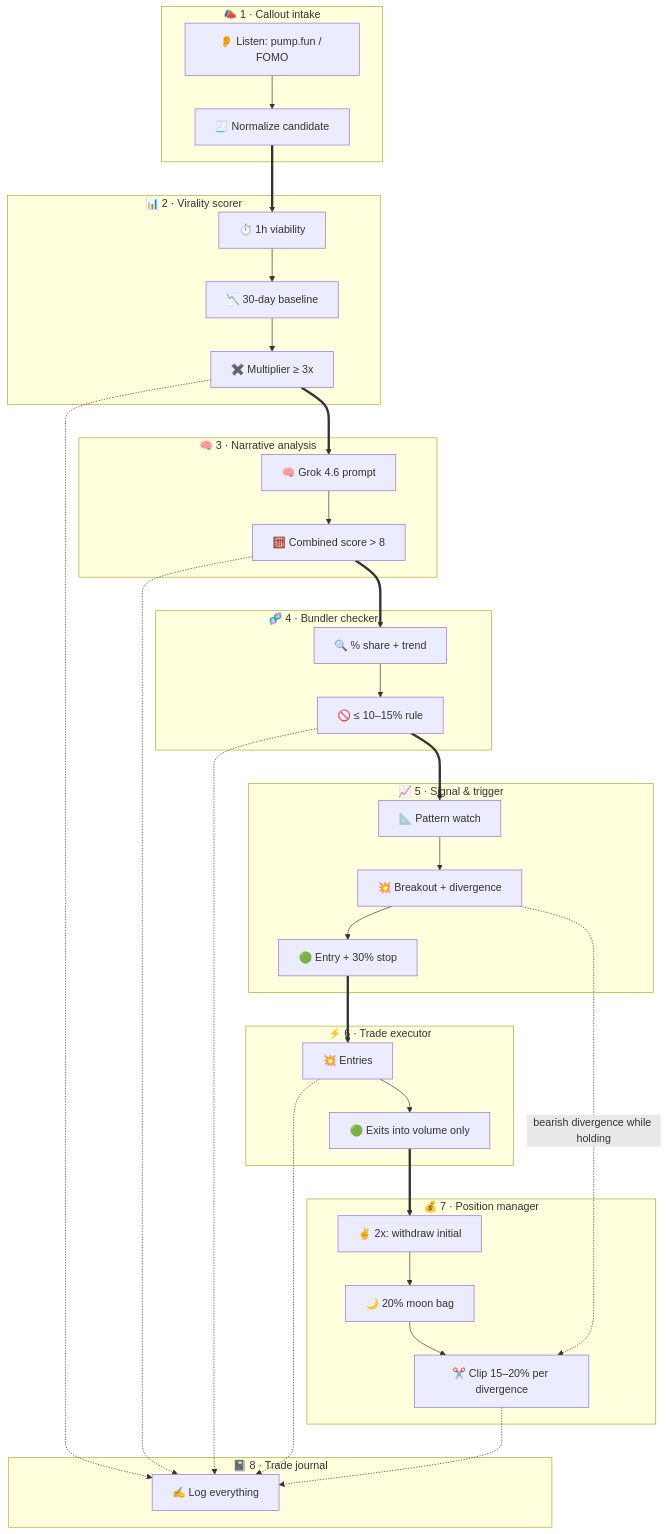
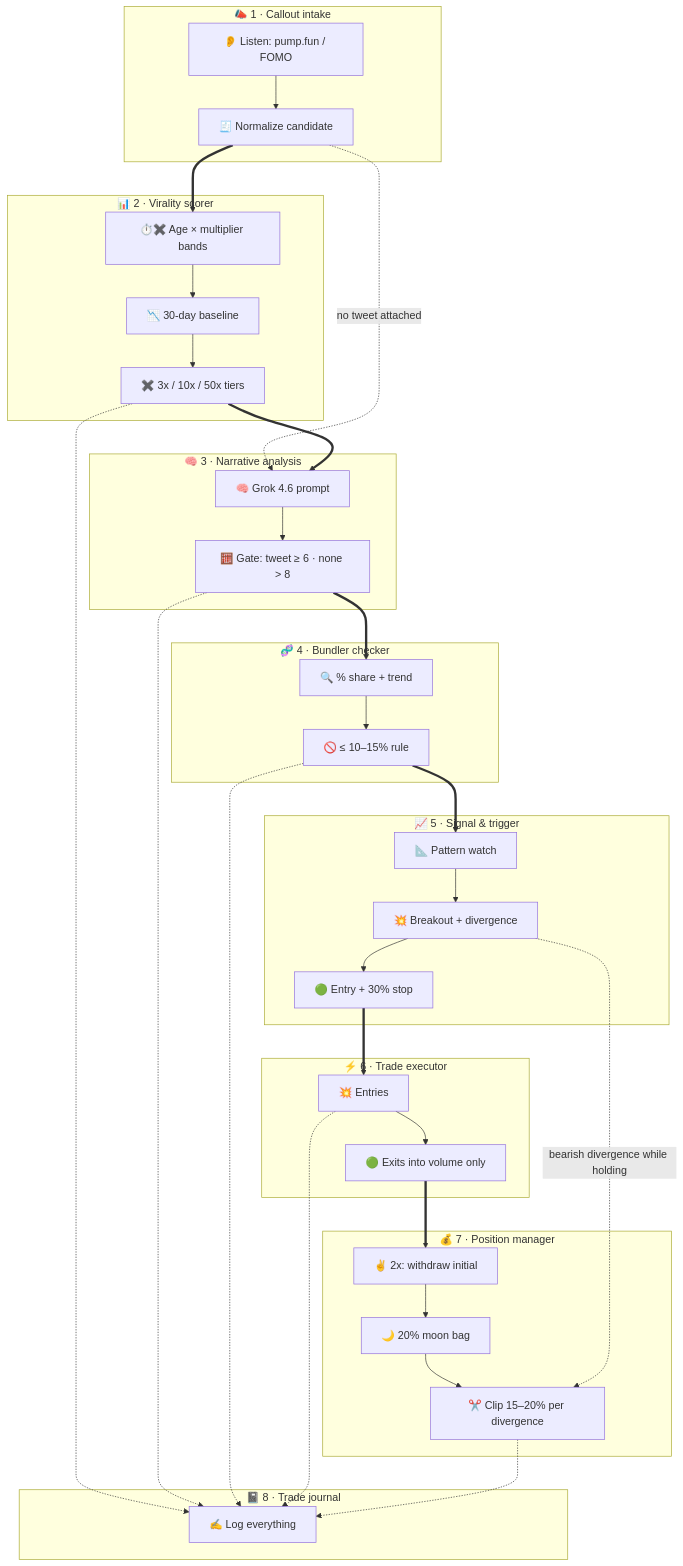
The second of 2 diagrams in maps/memecoin-virality-trader.md (TR3-AI/idea-slicer), drawn with Mermaid before and after one commit. The commit also changed other lines of this file, not shown here.

Commit message:
Memecoin: tiered age bands, dual score gate, virality rename

````diff
--- a/maps/memecoin-virality-trader.md
+++ b/maps/memecoin-virality-trader.md
@@ -293,39 +293,40 @@
 ```mermaid
 flowchart TD
   subgraph INTAKE["📣 1 · Callout intake"]
     I1["👂 Listen: pump.fun / FOMO"] --> I2["🧾 Normalize candidate"]
   end
   subgraph SCORE["📊 2 · Virality scorer"]
-    V1["⏱️ 1h viability"] --> V2["📉 30-day baseline"] --> V3["✖️ Multiplier ≥ 3x"]
+    V1["⏱️✖️ Age × multiplier bands"] --> V2["📉 30-day baseline"] --> V3["✖️ 3x / 10x / 50x tiers"]
   end
   subgraph GROK["🧠 3 · Narrative analysis"]
-    G1["🧠 Grok 4.6 prompt"] --> G2["🧮 Combined score > 8"]
+    G1["🧠 Grok 4.6 prompt"] --> G2["🧮 Gate: tweet ≥ 6 · none > 8"]
   end
   subgraph BUND["🧬 4 · Bundler checker"]
     B1["🔍 % share + trend"] --> B2["🚫 ≤ 10–15% rule"]
   end
   subgraph SIG["📈 5 · Signal & trigger"]
     T1["📐 Pattern watch"] --> T2["💥 Breakout + divergence"] --> T3["🟢 Entry + 30% stop"]
   end
   subgraph EXEC["⚡ 6 · Trade executor"]
     X1["💥 Entries"] --> X2["🟢 Exits into volume only"]
   end
   subgraph POS["💰 7 · Position manager"]
     P1["✌️ 2x: withdraw initial"] --> P2["🌙 20% moon bag"] --> P3["✂️ Clip 15–20% per divergence"]
   end
   subgraph LOG["📓 8 · Trade journal"]
     L1["✍️ Log everything"]
   end
   I2 ==> V1
+  I2 -.->|"no tweet attached"| G1
   V3 ==> G1
   G2 ==> B1
   B2 ==> T1
   T3 ==> X1
   X2 ==> P1
   T2 -.->|bearish divergence while holding| P3
   V3 -.-> L1
   G2 -.-> L1
   B2 -.-> L1
   X1 -.-> L1
   P3 -.-> L1
 ```
````
